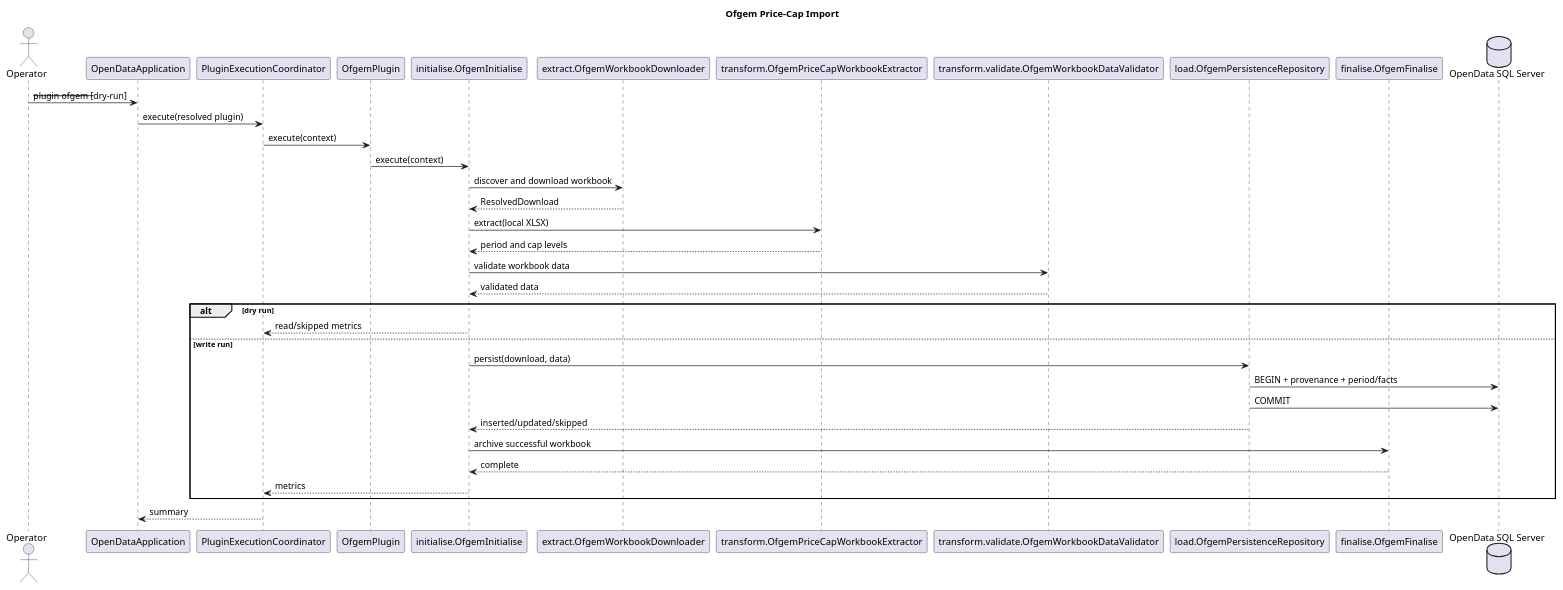
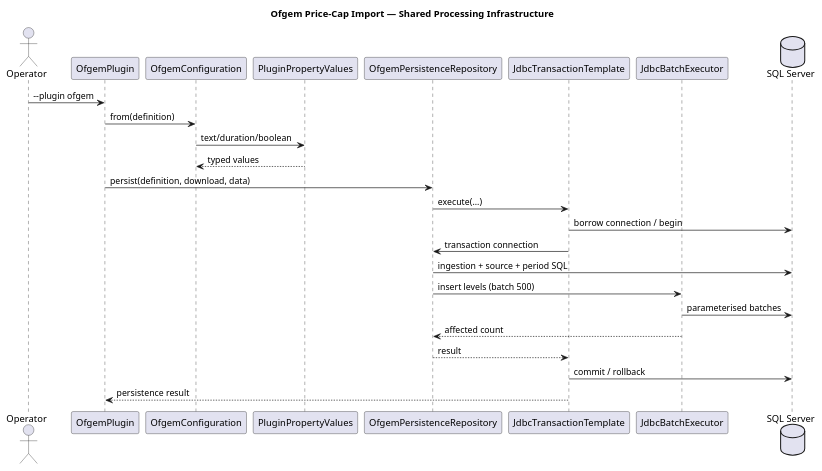
The diagram in docs/diagrams/source/ofgem-price-cap-import-sequence.puml (TerryCurranZellis/OpenData), drawn with PlantUML before and after one commit. The commit also changed 47 other files, not shown here.

```diff
--- a/docs/diagrams/source/ofgem-price-cap-import-sequence.puml
+++ b/docs/diagrams/source/ofgem-price-cap-import-sequence.puml
@@ -1,37 +1,29 @@
 @startuml
-title Ofgem Price-Cap Import
+!pragma layout smetana
+title Ofgem Price-Cap Import — Shared Processing Infrastructure
+
 actor Operator
-participant OpenDataApplication as Application
-participant PluginExecutionCoordinator as Coordinator
-participant OfgemPlugin as Plugin
-participant "initialise.OfgemInitialise" as Initialise
-participant "extract.OfgemWorkbookDownloader" as Downloader
-participant "transform.OfgemPriceCapWorkbookExtractor" as Extractor
-participant "transform.validate.OfgemWorkbookDataValidator" as Validator
-participant "load.OfgemPersistenceRepository" as Repository
-participant "finalise.OfgemFinalise" as Finalise
-database "OpenData SQL Server" as Database
+participant OfgemPlugin
+participant OfgemConfiguration
+participant PluginPropertyValues
+participant OfgemPersistenceRepository
+participant JdbcTransactionTemplate
+participant JdbcBatchExecutor
+database "SQL Server" as DB
 
-Operator -> Application : --plugin ofgem [--dry-run]
-Application -> Coordinator : execute(resolved plugin)
-Coordinator -> Plugin : execute(context)
-Plugin -> Initialise : execute(context)
-Initialise -> Downloader : discover and download workbook
-Downloader --> Initialise : ResolvedDownload
-Initialise -> Extractor : extract(local XLSX)
-Extractor --> Initialise : period and cap levels
-Initialise -> Validator : validate workbook data
-Validator --> Initialise : validated data
-alt dry run
-  Initialise --> Coordinator : read/skipped metrics
-else write run
-  Initialise -> Repository : persist(download, data)
-  Repository -> Database : BEGIN + provenance + period/facts
-  Repository -> Database : COMMIT
-  Repository --> Initialise : inserted/updated/skipped
-  Initialise -> Finalise : archive successful workbook
-  Finalise --> Initialise : complete
-  Initialise --> Coordinator : metrics
-end
-Coordinator --> Application : summary
+Operator -> OfgemPlugin : --plugin ofgem
+OfgemPlugin -> OfgemConfiguration : from(definition)
+OfgemConfiguration -> PluginPropertyValues : text/duration/boolean
+PluginPropertyValues --> OfgemConfiguration : typed values
+OfgemPlugin -> OfgemPersistenceRepository : persist(definition, download, data)
+OfgemPersistenceRepository -> JdbcTransactionTemplate : execute(...)
+JdbcTransactionTemplate -> DB : borrow connection / begin
+JdbcTransactionTemplate -> OfgemPersistenceRepository : transaction connection
+OfgemPersistenceRepository -> DB : ingestion + source + period SQL
+OfgemPersistenceRepository -> JdbcBatchExecutor : insert levels (batch 500)
+JdbcBatchExecutor -> DB : parameterised batches
+JdbcBatchExecutor --> OfgemPersistenceRepository : affected count
+OfgemPersistenceRepository --> JdbcTransactionTemplate : result
+JdbcTransactionTemplate -> DB : commit / rollback
+JdbcTransactionTemplate --> OfgemPlugin : persistence result
 @enduml
```
